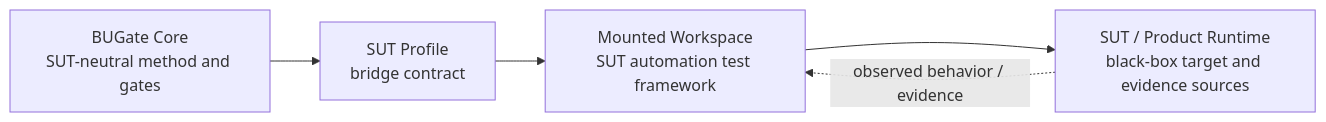
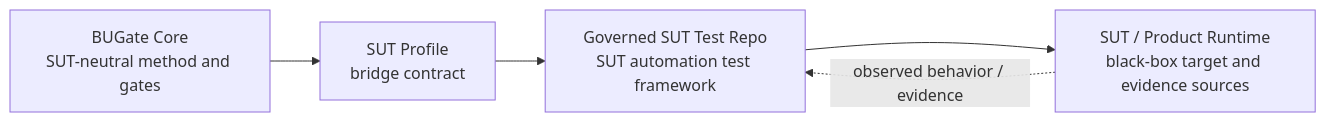
Before and after one commit to ZhangLiangchen/BUGate: the diagram in docs/qa-methodology/BUGATE_PLATFORM_DECOUPLING_ADR.md, drawn with Mermaid. The commit also changed other lines of this file and 49 other files, not shown here.

First line of the commit message:
feat: dual-runtime (Codex + Claude Code) capability symmetry; retire the mounted-workspace form

````diff
--- a/docs/qa-methodology/BUGATE_PLATFORM_DECOUPLING_ADR.md
+++ b/docs/qa-methodology/BUGATE_PLATFORM_DECOUPLING_ADR.md
@@ -29,12 +29,12 @@
 ```mermaid
 flowchart LR
   Core["BUGate Core\nSUT-neutral method and gates"]
   Profile["SUT Profile\nbridge contract"]
-  Workspace["Mounted Workspace\nSUT automation test framework"]
+  Workspace["Governed SUT Test Repo\nSUT automation test framework"]
   Runtime["SUT / Product Runtime\nblack-box target and evidence sources"]
 
   Core --> Profile
   Profile --> Workspace
   Workspace --> Runtime
   Runtime -. "observed behavior / evidence" .-> Workspace
 ```
````
